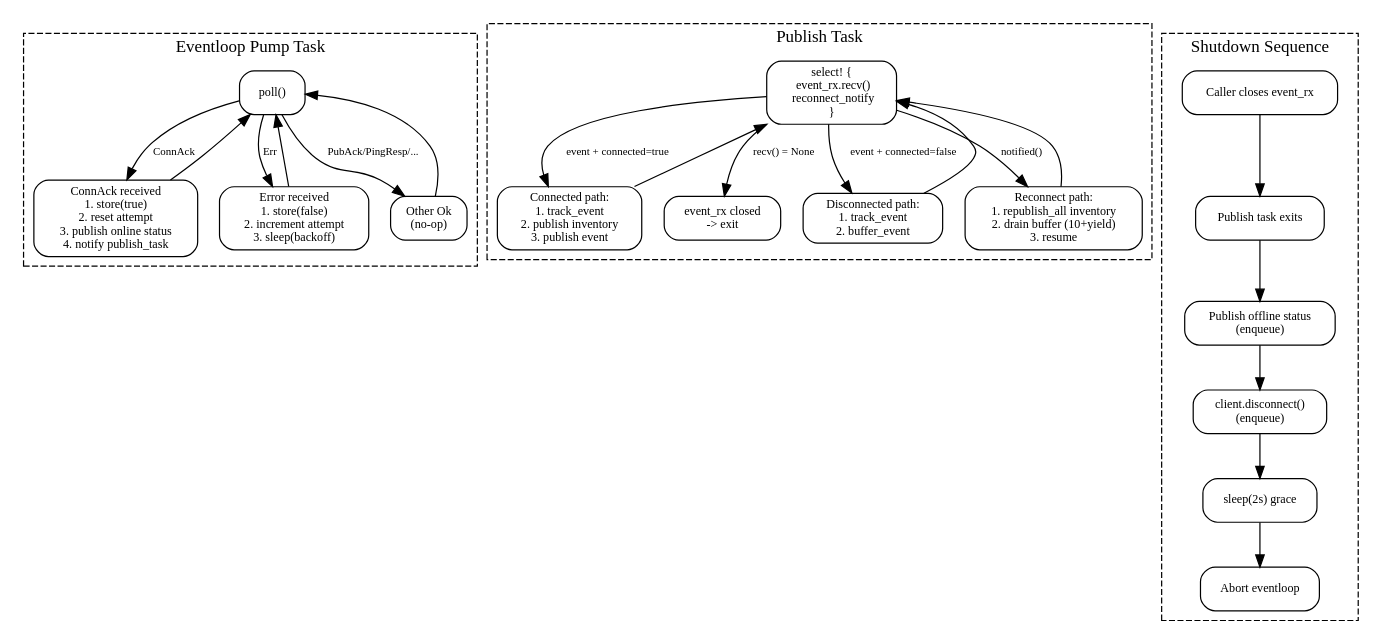
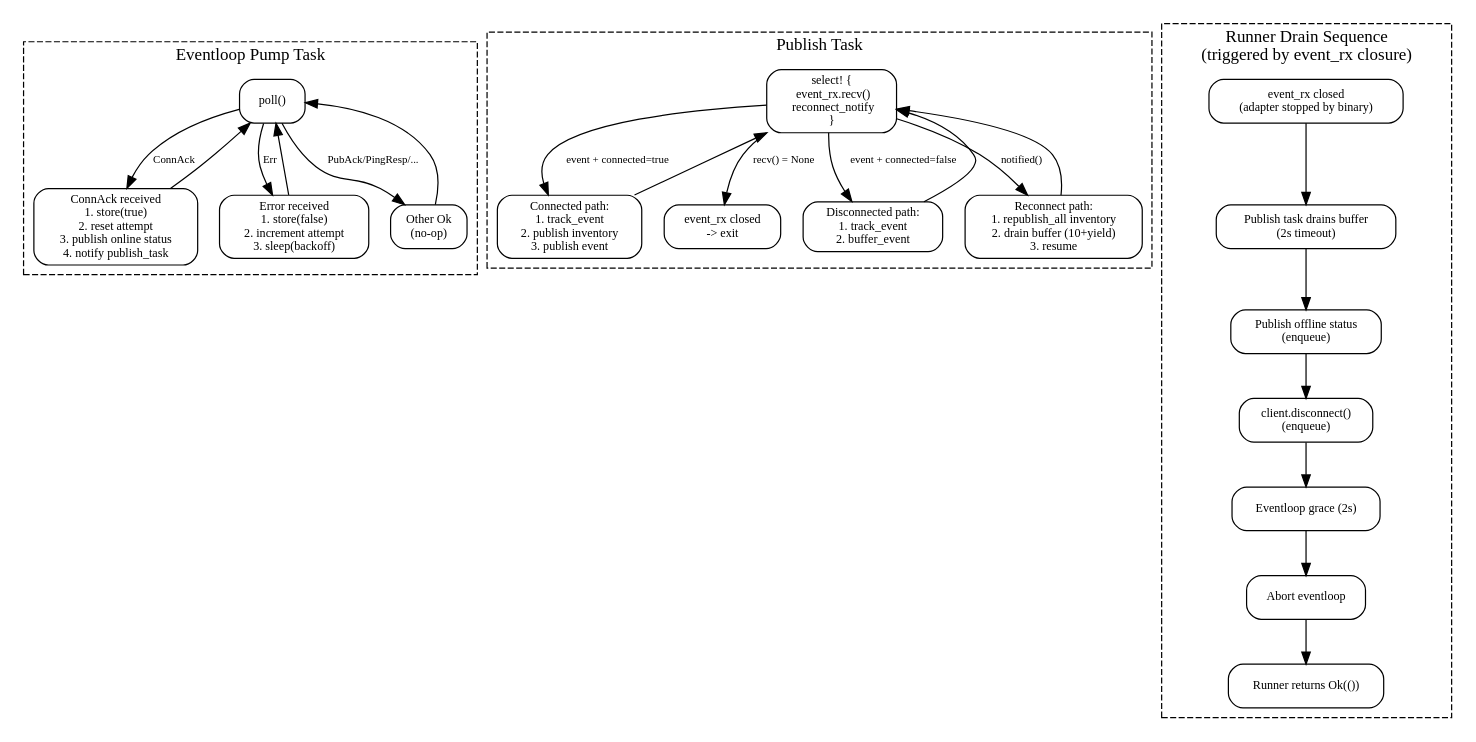
Before and after one commit to w-pinkietech/iotkit: the fourth of 4 diagrams in docs/superpowers/specs/2026-03-29-phase1a-adapter-standalone-design.md, drawn with Graphviz. The commit also changed other lines of this file, not shown here.

````diff
--- a/docs/superpowers/specs/2026-03-29-phase1a-adapter-standalone-design.md
+++ b/docs/superpowers/specs/2026-03-29-phase1a-adapter-standalone-design.md
@@ -1395,55 +1567,56 @@
 ```dot
 digraph mqtt_protocol {
     rankdir=TB;
     compound=true;
     node [shape=box, style=rounded, fontsize=10];
     edge [fontsize=9];
 
     subgraph cluster_eventloop {
         label="Eventloop Pump Task";
         style=dashed;
         EL_Poll [label="poll()"];
         EL_ConnAck [label="ConnAck received\n1. store(true)\n2. reset attempt\n3. publish online status\n4. notify publish_task"];
         EL_Err [label="Error received\n1. store(false)\n2. increment attempt\n3. sleep(backoff)"];
         EL_Ok [label="Other Ok\n(no-op)"];
 
         EL_Poll -> EL_ConnAck [label="ConnAck"];
         EL_Poll -> EL_Err [label="Err"];
         EL_Poll -> EL_Ok [label="PubAck/PingResp/..."];
         EL_ConnAck -> EL_Poll;
         EL_Err -> EL_Poll;
         EL_Ok -> EL_Poll;
     }
 
     subgraph cluster_publish {
         label="Publish Task";
         style=dashed;
         PT_Select [label="select! {\n  event_rx.recv()\n  reconnect_notify\n}"];
         PT_Event_Connected [label="Connected path:\n1. track_event\n2. publish inventory\n3. publish event"];
         PT_Event_Disconnected [label="Disconnected path:\n1. track_event\n2. buffer_event"];
         PT_Reconnect [label="Reconnect path:\n1. republish_all inventory\n2. drain buffer (10+yield)\n3. resume"];
         PT_Exit [label="event_rx closed\n-> exit"];
 
         PT_Select -> PT_Event_Connected [label="event + connected=true"];
         PT_Select -> PT_Event_Disconnected [label="event + connected=false"];
         PT_Select -> PT_Reconnect [label="notified()"];
         PT_Select -> PT_Exit [label="recv() = None"];
         PT_Event_Connected -> PT_Select;
         PT_Event_Disconnected -> PT_Select;
         PT_Reconnect -> PT_Select;
     }
 
     subgraph cluster_shutdown {
-        label="Shutdown Sequence";
+        label="Runner Drain Sequence\n(triggered by event_rx closure)";
         style=dashed;
-        S1 [label="Caller closes event_rx"];
-        S2 [label="Publish task exits"];
+        S1 [label="event_rx closed\n(adapter stopped by binary)"];
+        S2 [label="Publish task drains buffer\n(2s timeout)"];
         S3 [label="Publish offline status\n(enqueue)"];
         S4 [label="client.disconnect()\n(enqueue)"];
-        S5 [label="sleep(2s) grace"];
+        S5 [label="Eventloop grace (2s)"];
         S6 [label="Abort eventloop"];
+        S7 [label="Runner returns Ok(())"];
 
-        S1 -> S2 -> S3 -> S4 -> S5 -> S6;
+        S1 -> S2 -> S3 -> S4 -> S5 -> S6 -> S7;
     }
 }
 ```
````
